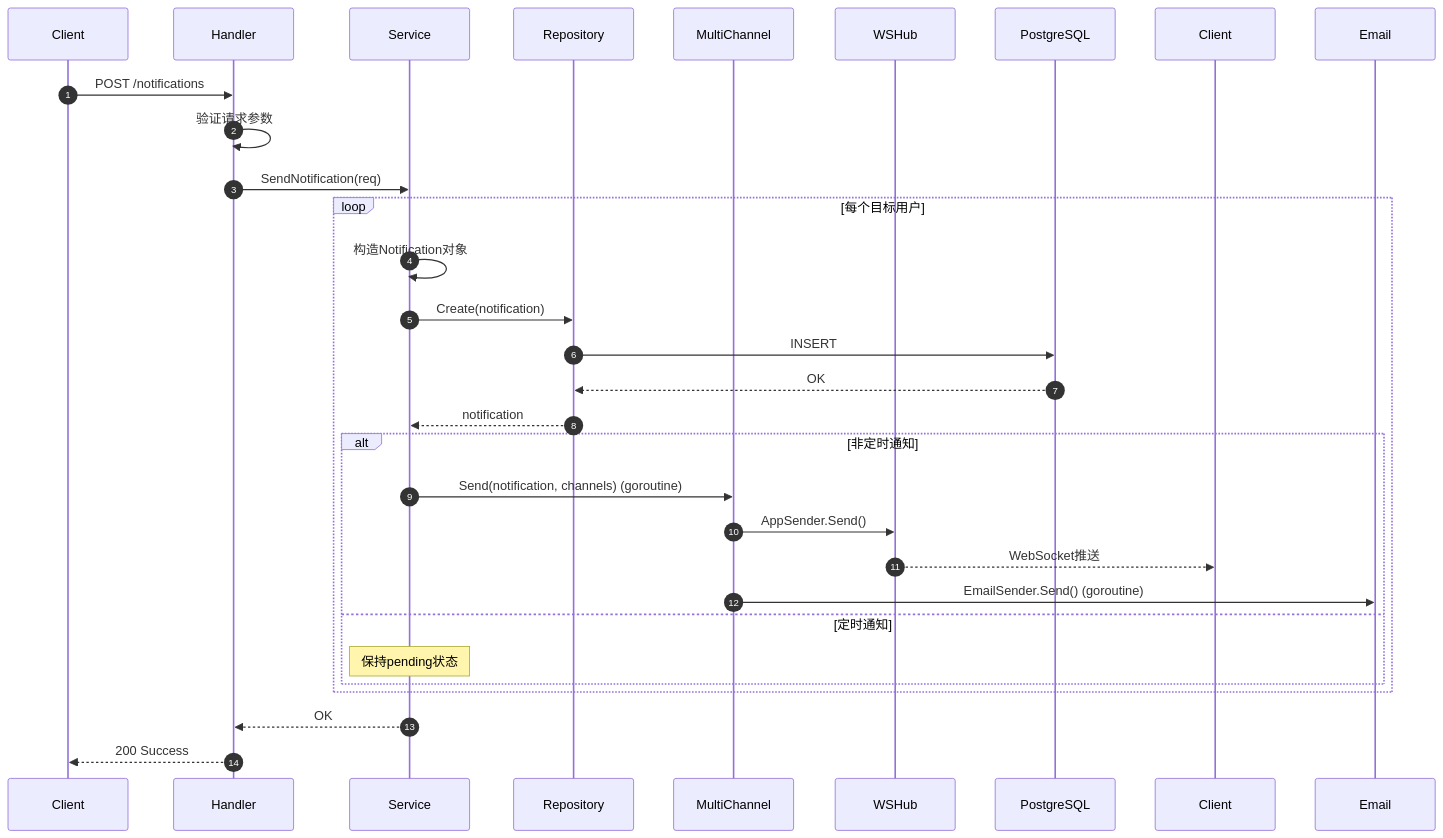
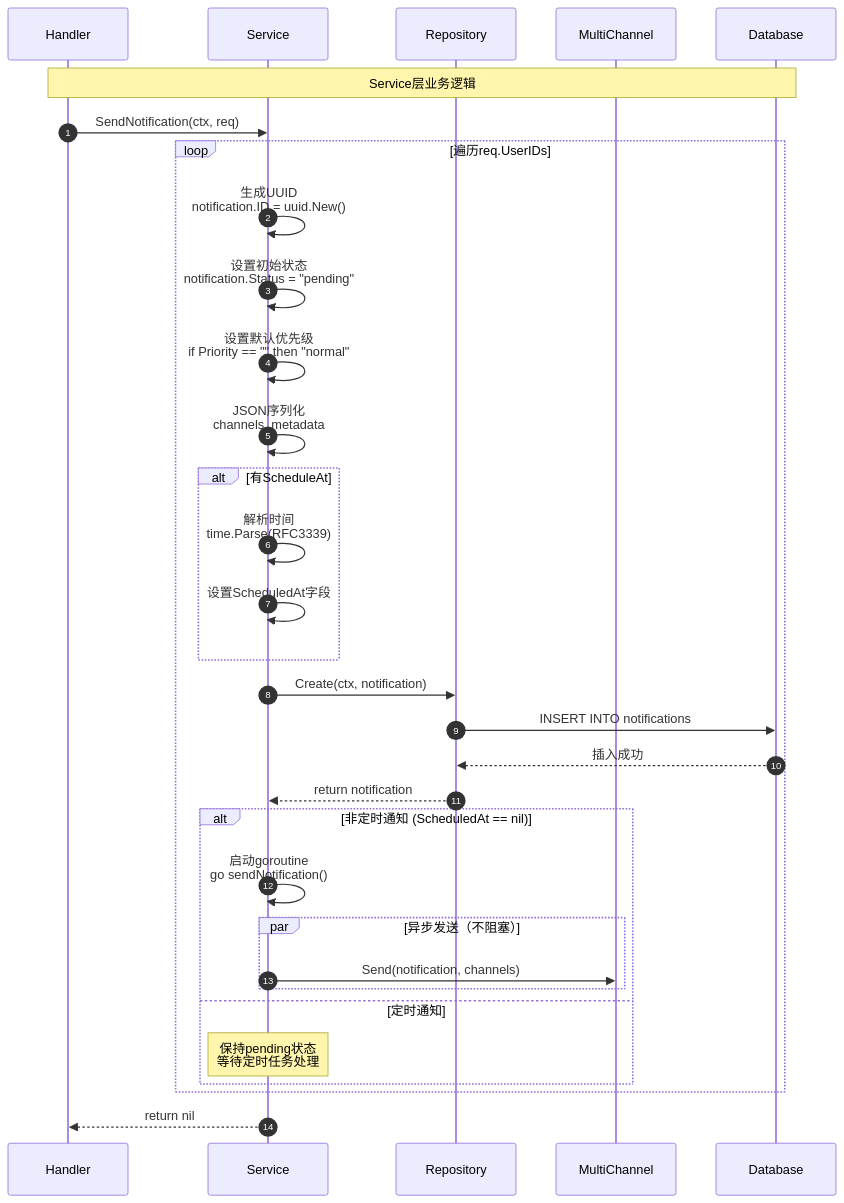
One commit to haoyunlt/myblog changed the seventh of 13 diagrams in content/posts/VoiceHelper-05-Notification通知服务.md. Above: the diagram before and after it, drawn with Mermaid. The commit also changed other lines of this file and 13 other files, not shown here.

````diff
--- a/content/posts/VoiceHelper-05-Notification通知服务.md
+++ b/content/posts/VoiceHelper-05-Notification通知服务.md
@@ -487,35 +1091,42 @@
 ```mermaid
 sequenceDiagram
     autonumber
-    participant C as Client
     participant H as Handler
     participant S as Service
     participant R as Repository
     participant MC as MultiChannel
-    participant WS as WSHub
-    participant DB as PostgreSQL
+    participant DB as Database
     
-    C->>H: POST /notifications
-    H->>H: 验证请求参数
-    H->>S: SendNotification(req)
+    Note over H,DB: Service层业务逻辑
     
-    loop 每个目标用户
-        S->>S: 构造Notification对象
-        S->>R: Create(notification)
-        R->>DB: INSERT
-        DB-->>R: OK
-        R-->>S: notification
+    H->>S: SendNotification(ctx, req)
+    
+    loop 遍历req.UserIDs
+        S->>S: 生成UUID<br/>notification.ID = uuid.New()
+        S->>S: 设置初始状态<br/>notification.Status = "pending"
+        S->>S: 设置默认优先级<br/>if Priority == "" then "normal"
+        S->>S: JSON序列化<br/>channels, metadata
         
-        alt 非定时通知
-            S->>MC: Send(notification, channels) (goroutine)
-            MC->>WS: AppSender.Send()
-            WS-->>Client: WebSocket推送
-            MC->>Email: EmailSender.Send() (goroutine)
+        alt 有ScheduleAt
+            S->>S: 解析时间<br/>time.Parse(RFC3339)
+            S->>S: 设置ScheduledAt字段
+        end
+        
+        S->>R: Create(ctx, notification)
+        R->>DB: INSERT INTO notifications
+        DB-->>R: 插入成功
+        R-->>S: return notification
+        
+        alt 非定时通知 (ScheduledAt == nil)
+            S->>S: 启动goroutine<br/>go sendNotification()
+            
+            par 异步发送（不阻塞）
+                S->>MC: Send(notification, channels)
+            end
         else 定时通知
-            Note over S: 保持pending状态
+            Note over S: 保持pending状态<br/>等待定时任务处理
         end
     end
     
-    S-->>H: OK
-    H-->>C: 200 Success
+    S-->>H: return nil
 ```
````
